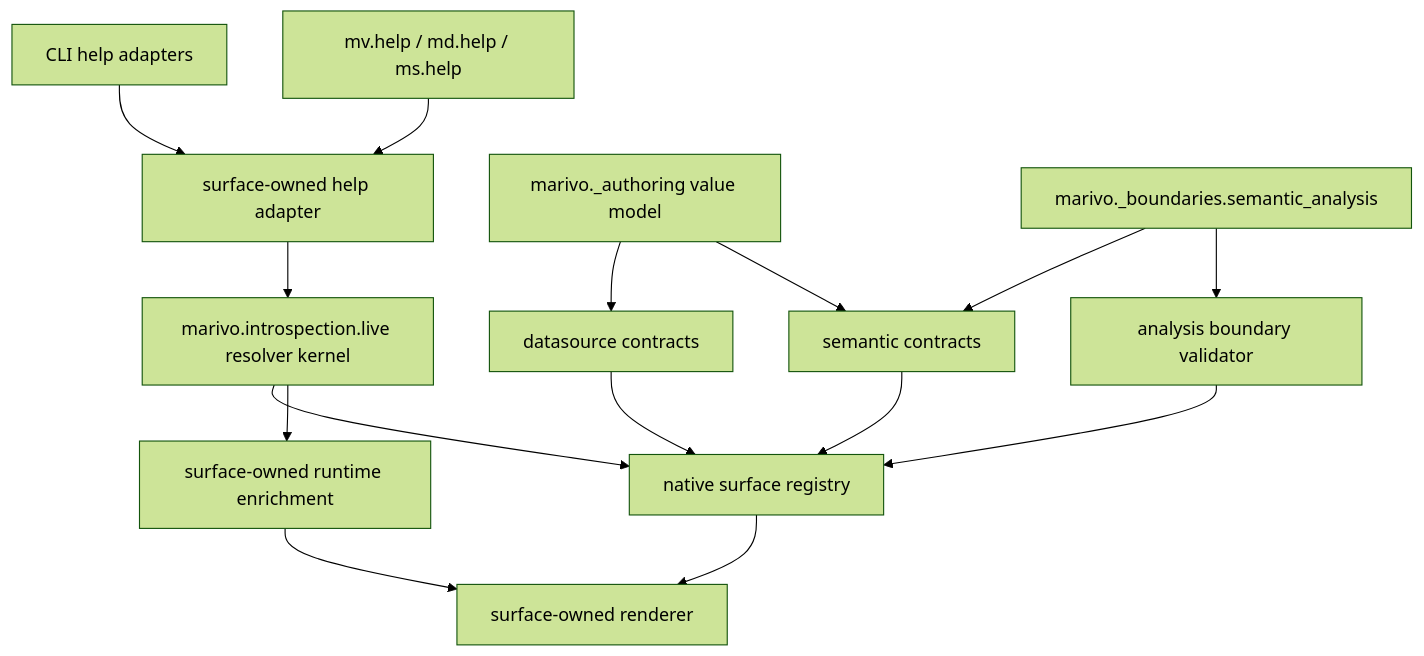
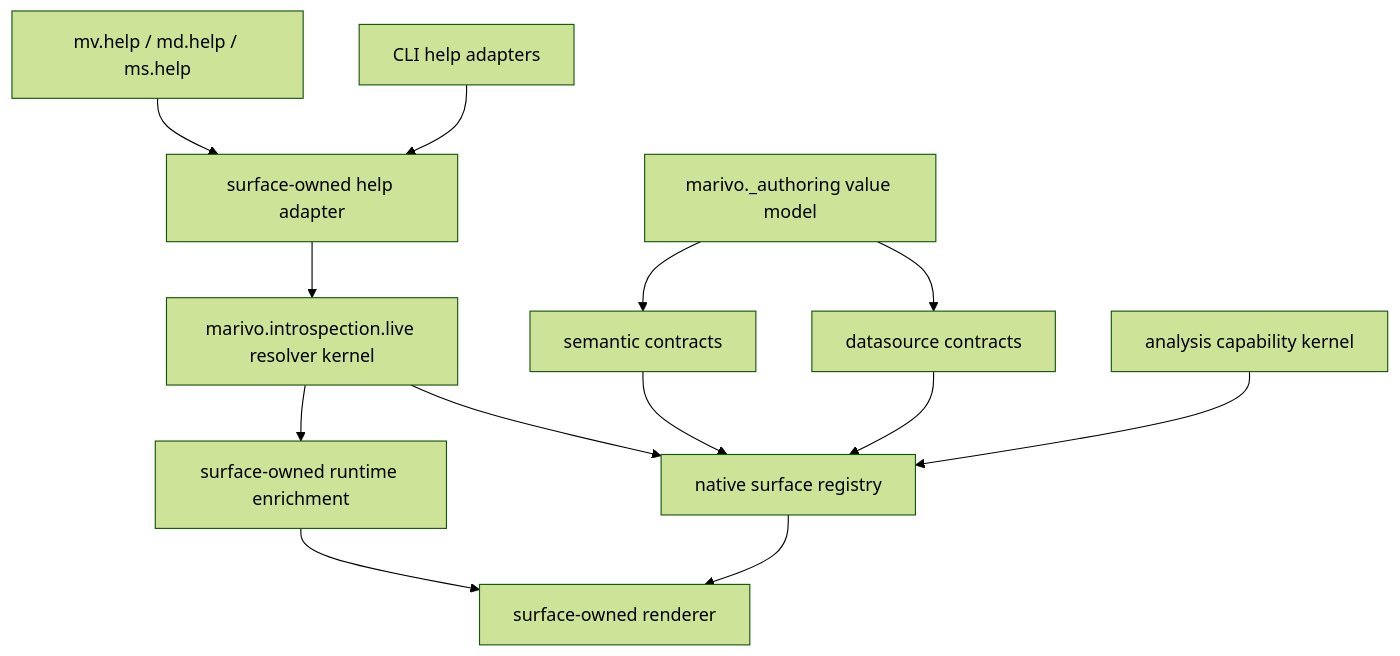
The diagram in docs/superpowers/specs/2026-07-16-marivo-live-infrastructure-layering-design.md (chengxianglibra/marivo), drawn with Mermaid (forest theme) before and after one commit. The commit also changed other lines of this file and 44 other files, not shown here.

First line of the commit message:
refactor: remove semantic analysis handoffs

````diff
--- a/docs/superpowers/specs/2026-07-16-marivo-live-infrastructure-layering-design.md
+++ b/docs/superpowers/specs/2026-07-16-marivo-live-infrastructure-layering-design.md
@@ -209,19 +198,17 @@
 ```mermaid
 flowchart TD
     CLI["CLI help adapters"] --> Surface["surface-owned help adapter"]
     SDK["mv.help / md.help / ms.help"] --> Surface
     Surface --> Resolver["marivo.introspection.live resolver kernel"]
     Resolver --> NativeRegistry["native surface registry"]
     Resolver --> Enrichment["surface-owned runtime enrichment"]
     NativeRegistry --> SurfaceRenderer["surface-owned renderer"]
     Enrichment --> SurfaceRenderer
 
     Authoring["marivo._authoring value model"] --> DS["datasource contracts"]
     Authoring --> Sem["semantic contracts"]
     DS --> NativeRegistry
     Sem --> NativeRegistry
 
-    Boundary["marivo._boundaries.semantic_analysis"] --> Sem
-    Boundary --> Analysis["analysis boundary validator"]
-    Analysis --> NativeRegistry
+    Analysis["analysis capability kernel"] --> NativeRegistry
 ```
````
